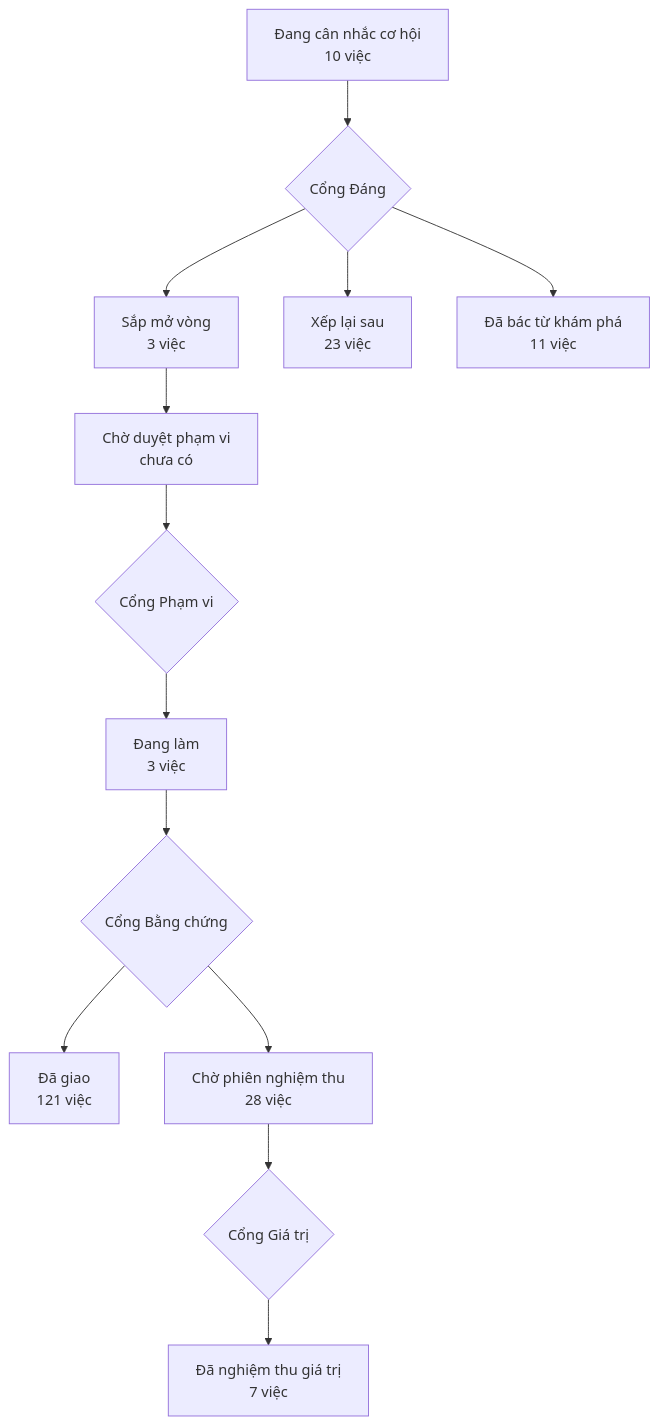
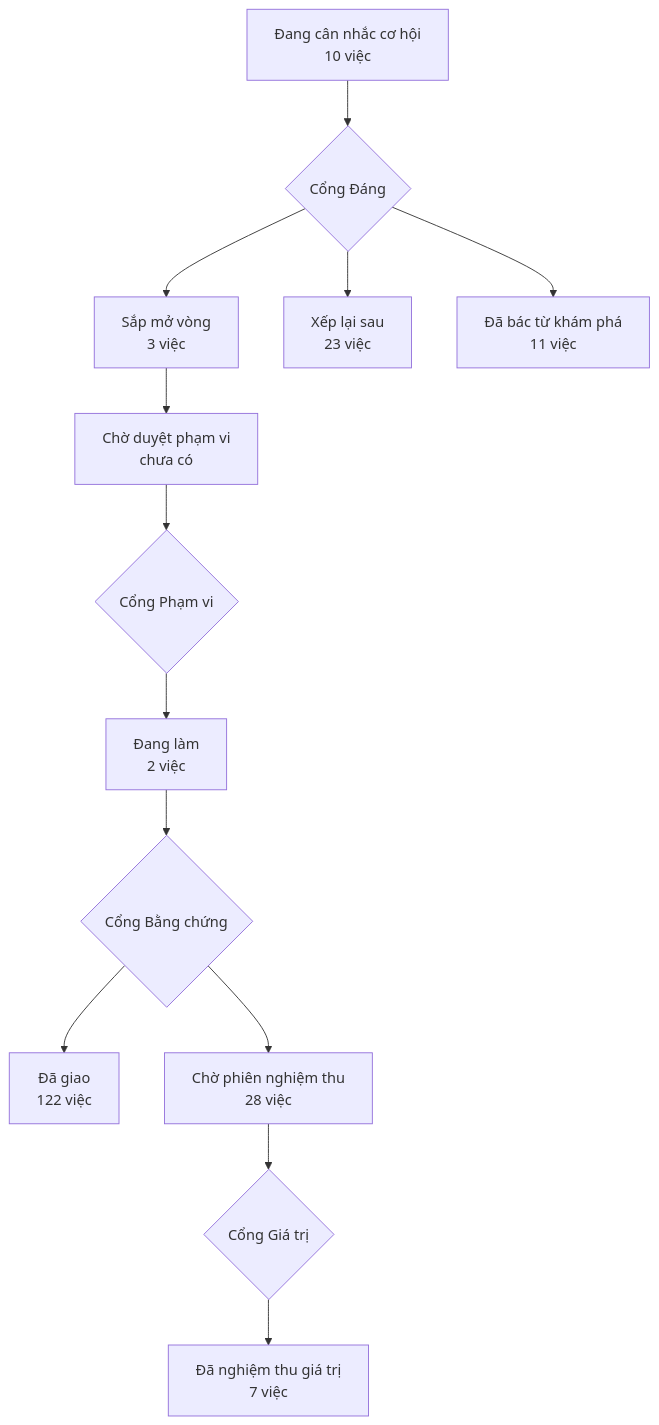
Before and after one commit to phanlemanh/acceptance-gate-kit: the diagram in PRODUCT-MAP.md, drawn with Mermaid. The commit also changed other lines of this file and 1 other file, not shown here.

Commit message:
Máy-thông: release-2-30-0 — lượt 1 PASS, 0 mục ngoài hợp đồng, cửa veto mở
Chủ kho trả lời thẻ Cổng Bằng chứng bằng «đi tiếp hay kéo lại: đi tiếp» (khối GATE-ONESHOT-LAN-V: không ghi chữ ký).

````diff
--- a/PRODUCT-MAP.md
+++ b/PRODUCT-MAP.md
@@ -7,12 +7,12 @@
 ```mermaid
 flowchart TD
   A["Đang cân nhắc cơ hội<br/>10 việc"] --> GD{"Cổng Đáng"}
   GD --> B["Sắp mở vòng<br/>3 việc"]
   GD --> XL["Xếp lại sau<br/>23 việc"]
   GD --> DB["Đã bác từ khám phá<br/>11 việc"]
   B --> CD["Chờ duyệt phạm vi<br/>chưa có"] --> GP{"Cổng Phạm vi"}
-  GP --> DL["Đang làm<br/>3 việc"] --> GB{"Cổng Bằng chứng"}
-  GB --> DG["Đã giao<br/>121 việc"]
+  GP --> DL["Đang làm<br/>2 việc"] --> GB{"Cổng Bằng chứng"}
+  GB --> DG["Đã giao<br/>122 việc"]
   GB --> CN["Chờ phiên nghiệm thu<br/>28 việc"] --> GG{"Cổng Giá trị"}
   GG --> NT["Đã nghiệm thu giá trị<br/>7 việc"]
 ```
````
